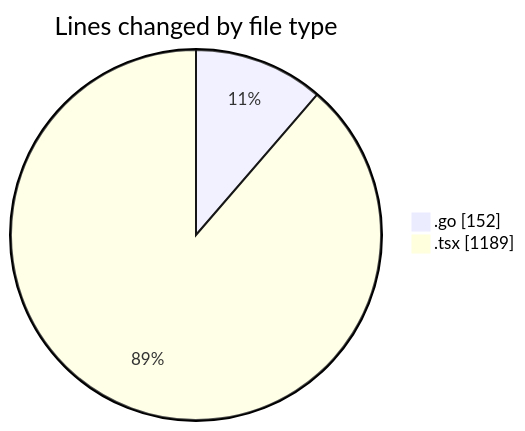
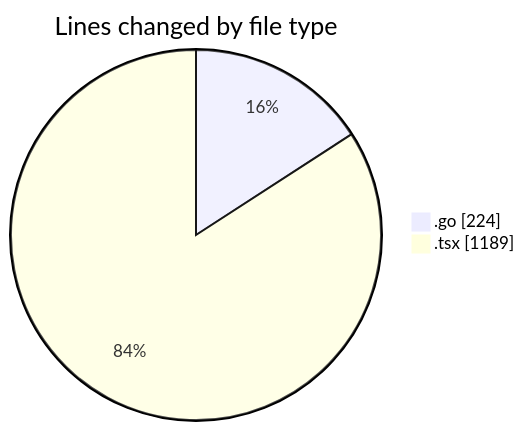
One commit to robertbonfada/code-tracking changed the first of 2 diagrams in 2025-03-05/termonied_testador/README.md. Above: the diagram before and after it, drawn with Mermaid. The commit also changed other lines of this file and 1 other file, not shown here.

````diff
--- a/2025-03-05/termonied_testador/README.md
+++ b/2025-03-05/termonied_testador/README.md
@@ -25,6 +25,6 @@
 ```mermaid
 pie showData
 title Lines changed by file type
-".go" : 152
+".go" : 224
 ".tsx" : 1189
 ```
````
